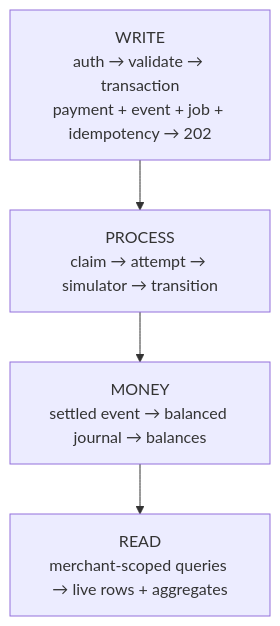
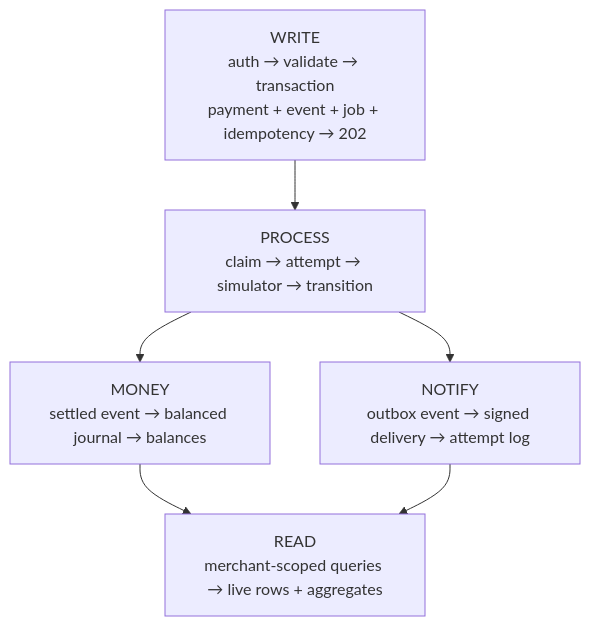
Before and after one commit to RaghavVerma99/Payflow-Project: the first of 2 diagrams in DEEP_DIVE.md, drawn with Mermaid. The commit also changed other lines of this file and 34 other files, not shown here.

````diff
--- a/DEEP_DIVE.md
+++ b/DEEP_DIVE.md
@@ -512,9 +611,14 @@
 ```mermaid
 flowchart TB
     W["WRITE<br/>auth → validate → transaction<br/>payment + event + job + idempotency → 202"]
     P["PROCESS<br/>claim → attempt → simulator → transition"]
     R["MONEY<br/>settled event → balanced journal → balances"]
+    N["NOTIFY<br/>outbox event → signed delivery → attempt log"]
     V["READ<br/>merchant-scoped queries → live rows + aggregates"]
 
-    W --> P --> R --> V
+    W --> P
+    P --> R
+    P --> N
+    R --> V
+    N --> V
 ```
````
